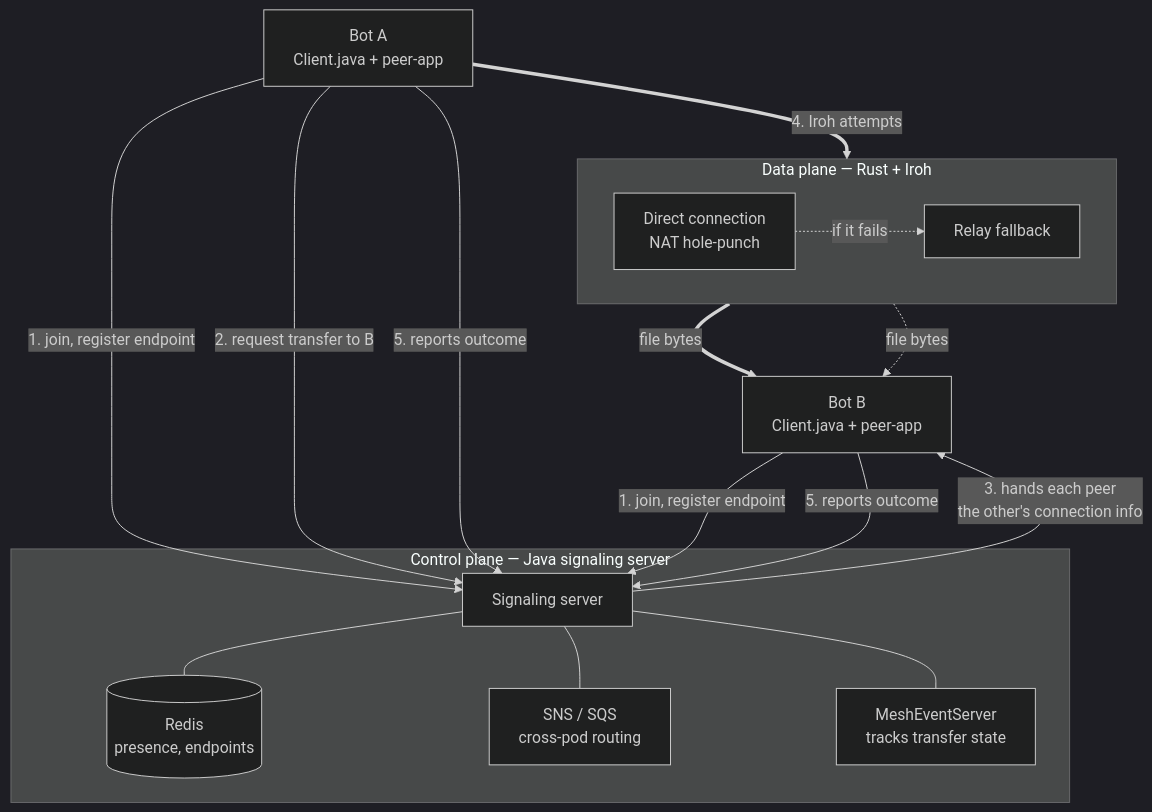
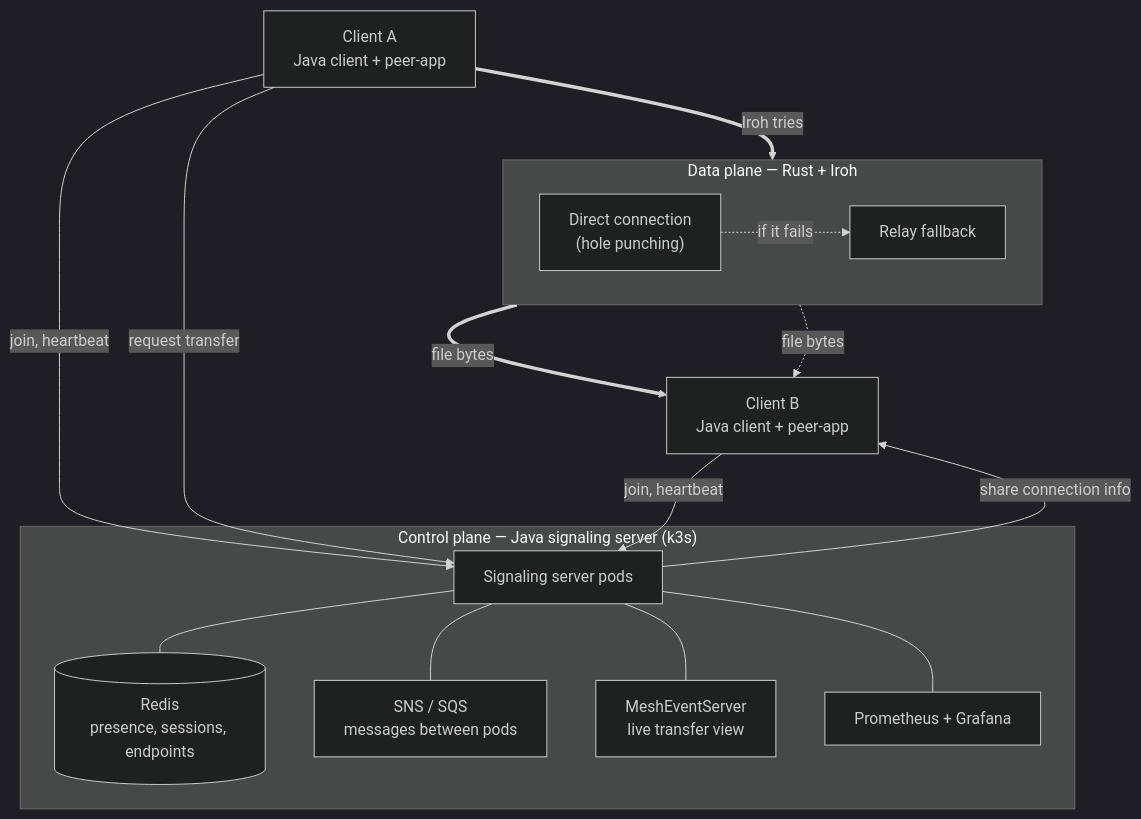
One commit to shobhit157/Aperture changed the second of 2 diagrams in README.md. Above: the diagram before and after it, drawn with Mermaid (dark theme). The commit also changed other lines of this file, not shown here.

````diff
--- a/README.md
+++ b/README.md
@@ -55,35 +46,33 @@
 ```mermaid
 flowchart TB
-    subgraph CP["Control plane — Java signaling server"]
-        S["Signaling server"]
-        Redis[("Redis<br/>presence, endpoints")]
-        SNS["SNS / SQS<br/>cross-pod routing"]
-        Mesh["MeshEventServer<br/>tracks transfer state"]
+    subgraph CP["Control plane — Java signaling server (k3s)"]
+        S["Signaling server pods"]
+        Redis[("Redis<br/>presence, sessions, endpoints")]
+        SNS["SNS / SQS<br/>messages between pods"]
+        Mesh["MeshEventServer<br/>live transfer view"]
+        Prom["Prometheus + Grafana"]
         S --- Redis
         S --- SNS
         S --- Mesh
+        S --- Prom
     end
 
-    BotA["Bot A<br/>Client.java + peer-app"]
-    BotB["Bot B<br/>Client.java + peer-app"]
+    A["Client A<br/>Java client + peer-app"]
+    B["Client B<br/>Java client + peer-app"]
 
-    BotA -- "1. join, register endpoint" --> S
-    BotB -- "1. join, register endpoint" --> S
-    BotA -- "2. request transfer to B" --> S
-    S -- "3. hands each peer<br/>the other's connection info" --> BotB
+    A -- "join, heartbeat" --> S
+    B -- "join, heartbeat" --> S
+    A -- "request transfer" --> S
+    S -- "share connection info" --> B
 
     subgraph DP["Data plane — Rust + Iroh"]
         direction LR
-        Direct["Direct connection<br/>NAT hole-punch"]
+        Direct["Direct connection<br/>(hole punching)"]
         Relay["Relay fallback"]
     end
 
-    BotA == "4. Iroh attempts" ==> Direct
+    A == "Iroh tries" ==> Direct
     Direct -. "if it fails" .-> Relay
-    Direct == "file bytes" ==> BotB
-    Relay -. "file bytes" .-> BotB
-
-    BotA -- "5. reports outcome" --> S
-    BotB -- "5. reports outcome" --> S
-
+    Direct == "file bytes" ==> B
+    Relay -. "file bytes" .-> B
 ```
````
